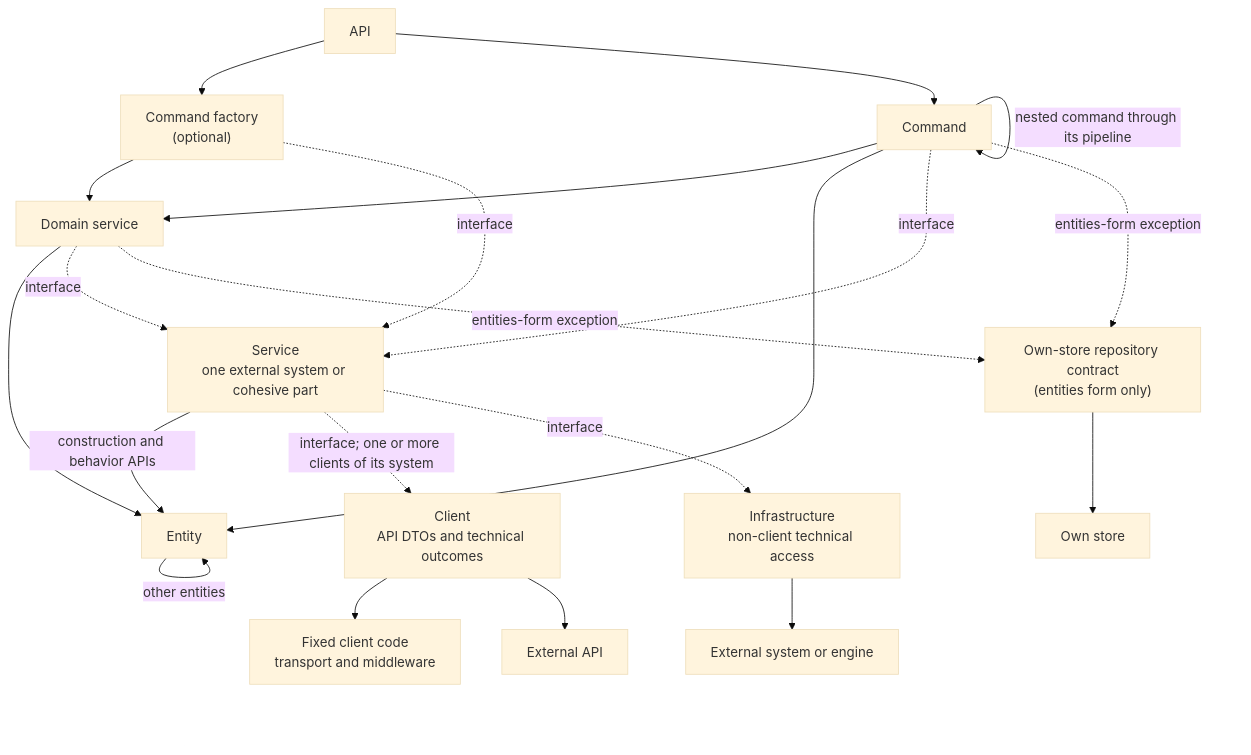
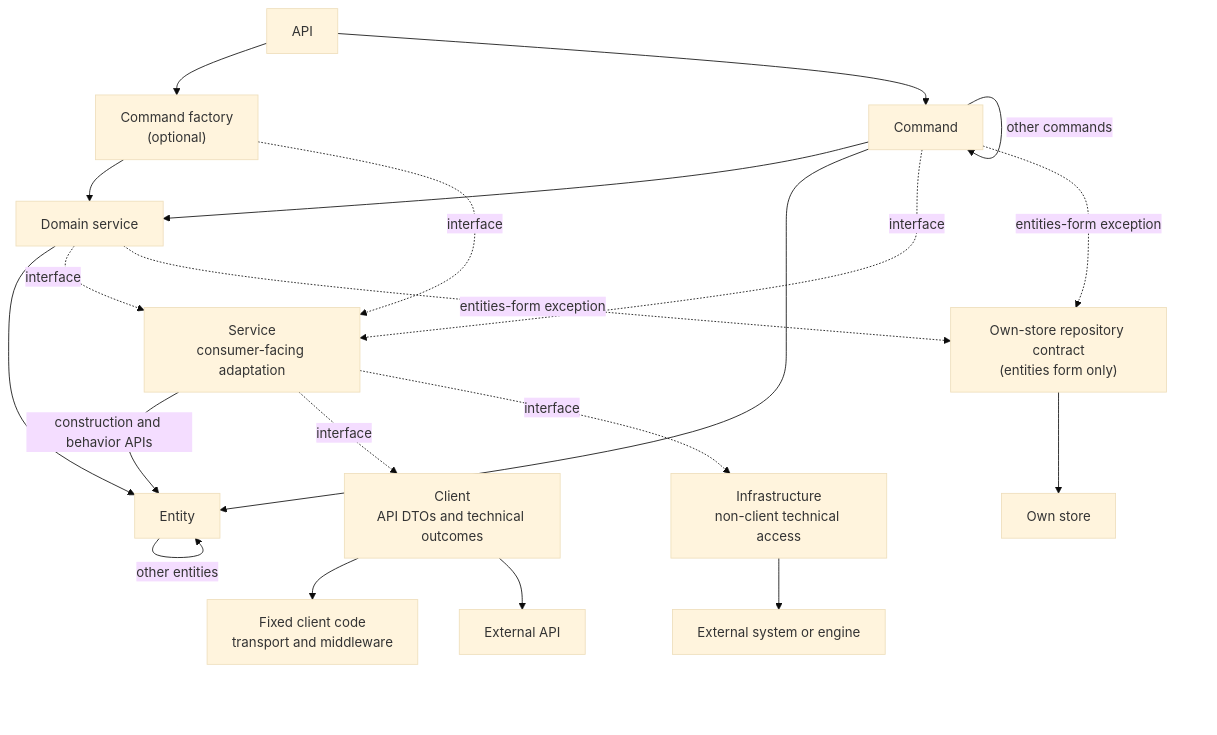
The diagram in library/develop/core/app-layers.skill/diagrams/layer-calls.mmd (InsonusK/ai-skills), drawn with Mermaid (base theme) before and after one commit. The commit also changed 29 other files, not shown here.

```diff
--- a/library/develop/core/app-layers.skill/diagrams/layer-calls.mmd
+++ b/library/develop/core/app-layers.skill/diagrams/layer-calls.mmd
@@ -1,35 +1,35 @@
 flowchart TB
     api["API"]
     factory["Command factory<br/>(optional)"]
     command["Command"]
     domainService["Domain service"]
     entity["Entity"]
-    service["Service<br/>one external system or cohesive part"]
+    service["Service<br/>consumer-facing adaptation"]
     client["Client<br/>API DTOs and technical outcomes"]
     clientCore["Fixed client code<br/>transport and middleware"]
     infrastructure["Infrastructure<br/>non-client technical access"]
     repository["Own-store repository contract<br/>(entities form only)"]
     provider["External API"]
     externalSystem["External system or engine"]
     ownStore["Own store"]
 
     api --> factory
     api --> command
     factory --> domainService
     factory -. "interface" .-> service
     command --> domainService
     command --> entity
     command -. "interface" .-> service
-    command -->|nested command through its pipeline| command
+    command -->|other commands| command
     domainService --> entity
     domainService -. "interface" .-> service
     entity -->|other entities| entity
     service -->|construction and behavior APIs| entity
-    service -. "interface; one or more clients of its system" .-> client
+    service -. "interface" .-> client
     service -. "interface" .-> infrastructure
     client --> clientCore
     client --> provider
     infrastructure --> externalSystem
     command -. "entities-form exception" .-> repository
     domainService -. "entities-form exception" .-> repository
     repository --> ownStore
```
